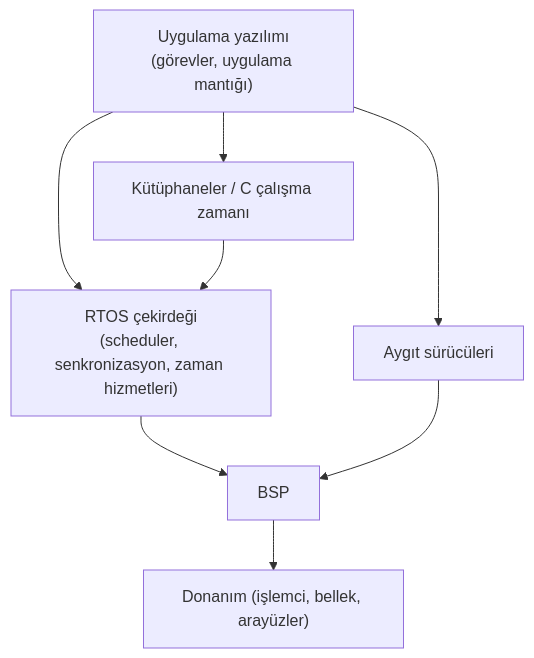
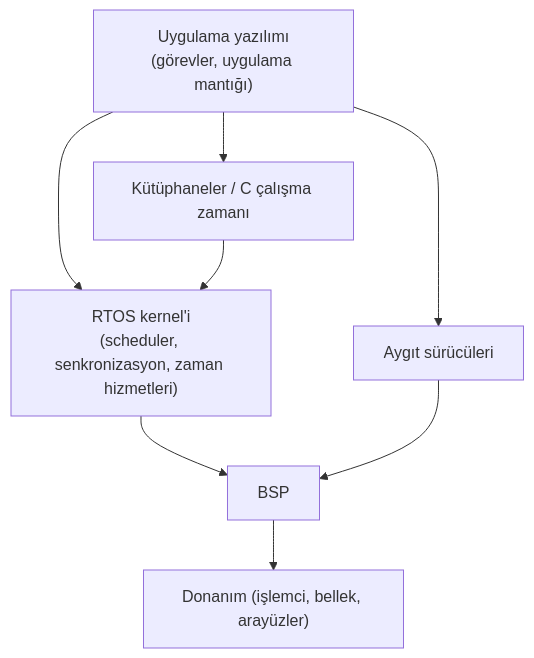
One commit to Mavrikant/aviyonikyazilim changed the first of 2 diagrams in kitap/05-ozel-konular/20-gercek-zamanli-isletim-sistemleri.mdx. Above: the diagram before and after it, drawn with Mermaid. The commit also changed other lines of this file and 60 other files, not shown here.

````diff
--- a/kitap/05-ozel-konular/20-gercek-zamanli-isletim-sistemleri.mdx
+++ b/kitap/05-ozel-konular/20-gercek-zamanli-isletim-sistemleri.mdx
@@ -56,16 +56,16 @@
 ```mermaid
 flowchart TB
     APP["Uygulama yazılımı<br/>(görevler, uygulama mantığı)"]
     LIB["Kütüphaneler / C çalışma zamanı"]
-    KRN["RTOS çekirdeği<br/>(scheduler, senkronizasyon, zaman hizmetleri)"]
+    KRN["RTOS kernel'i<br/>(scheduler, senkronizasyon, zaman hizmetleri)"]
     DRV["Aygıt sürücüleri"]
     BSP["BSP"]
     HW["Donanım (işlemci, bellek, arayüzler)"]
     APP --> KRN
     APP --> LIB
     APP --> DRV
     LIB --> KRN
     KRN --> BSP
     DRV --> BSP
     BSP --> HW
 ```
````
